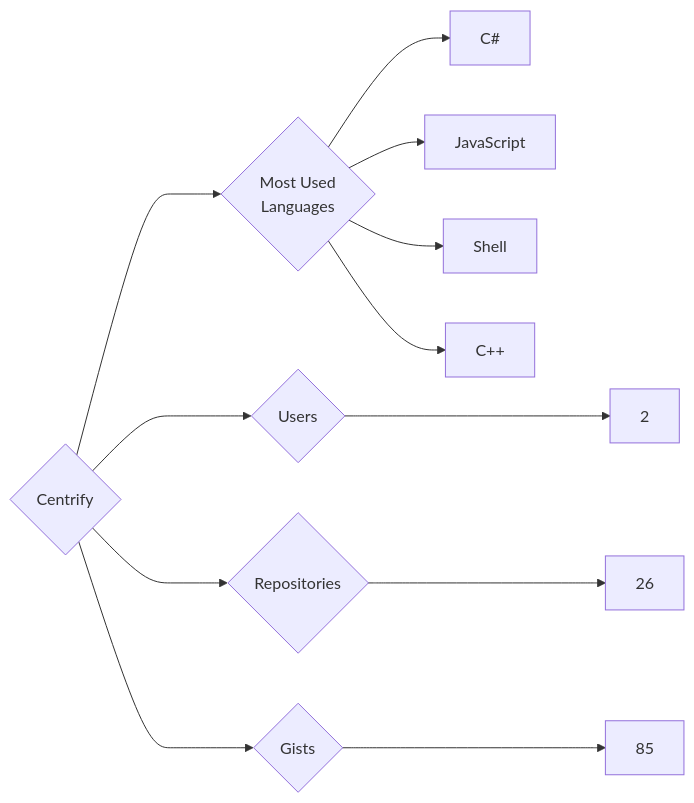
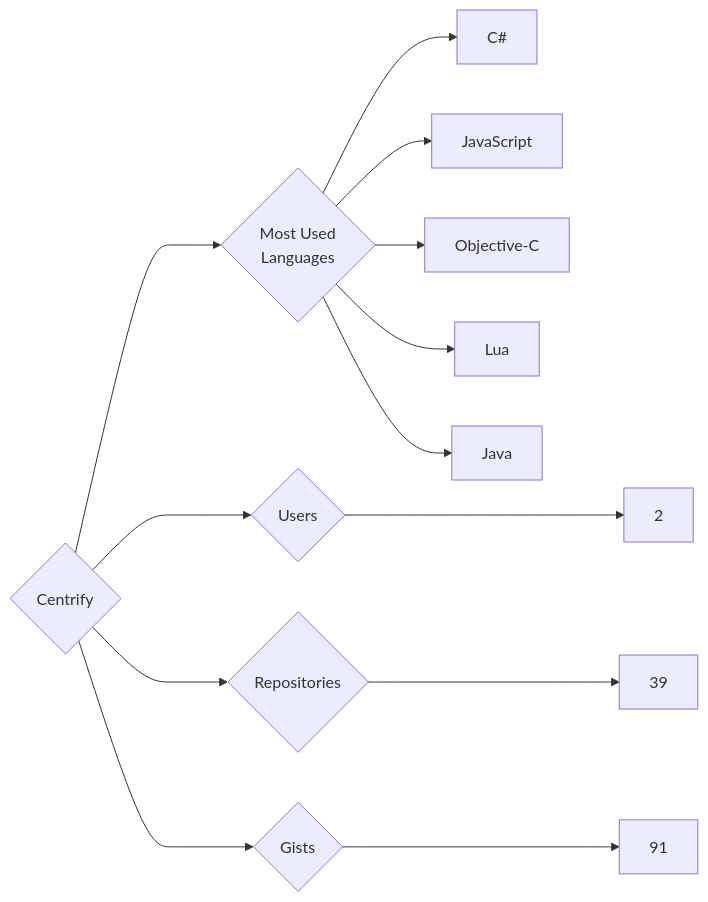
Before and after one commit to trickest/insiders: the diagram in targets/Centrify/README.md, drawn with Mermaid. The commit also changed 845 other files, not shown here.

````diff
--- a/targets/Centrify/README.md
+++ b/targets/Centrify/README.md
@@ -3,12 +3,13 @@
 ```mermaid
 graph LR
 COMPANY_NAME{Centrify}
 COMPANY_NAME ---> U{Users} ---> UN[2]
-COMPANY_NAME ---> R{Repositories} ---> RN[26]
-COMPANY_NAME ---> G{Gists} ---> GN[85]
+COMPANY_NAME ---> R{Repositories} ---> RN[39]
+COMPANY_NAME ---> G{Gists} ---> GN[91]
 COMPANY_NAME ---> ML{Most Used<br>Languages}
 ML --> C#[C#]
 ML --> JavaScript[JavaScript]
-ML --> Shell[Shell]
-ML --> C++[C++]
+ML --> Objective-C[Objective-C]
+ML --> Lua[Lua]
+ML --> Java[Java]
 ```
````
